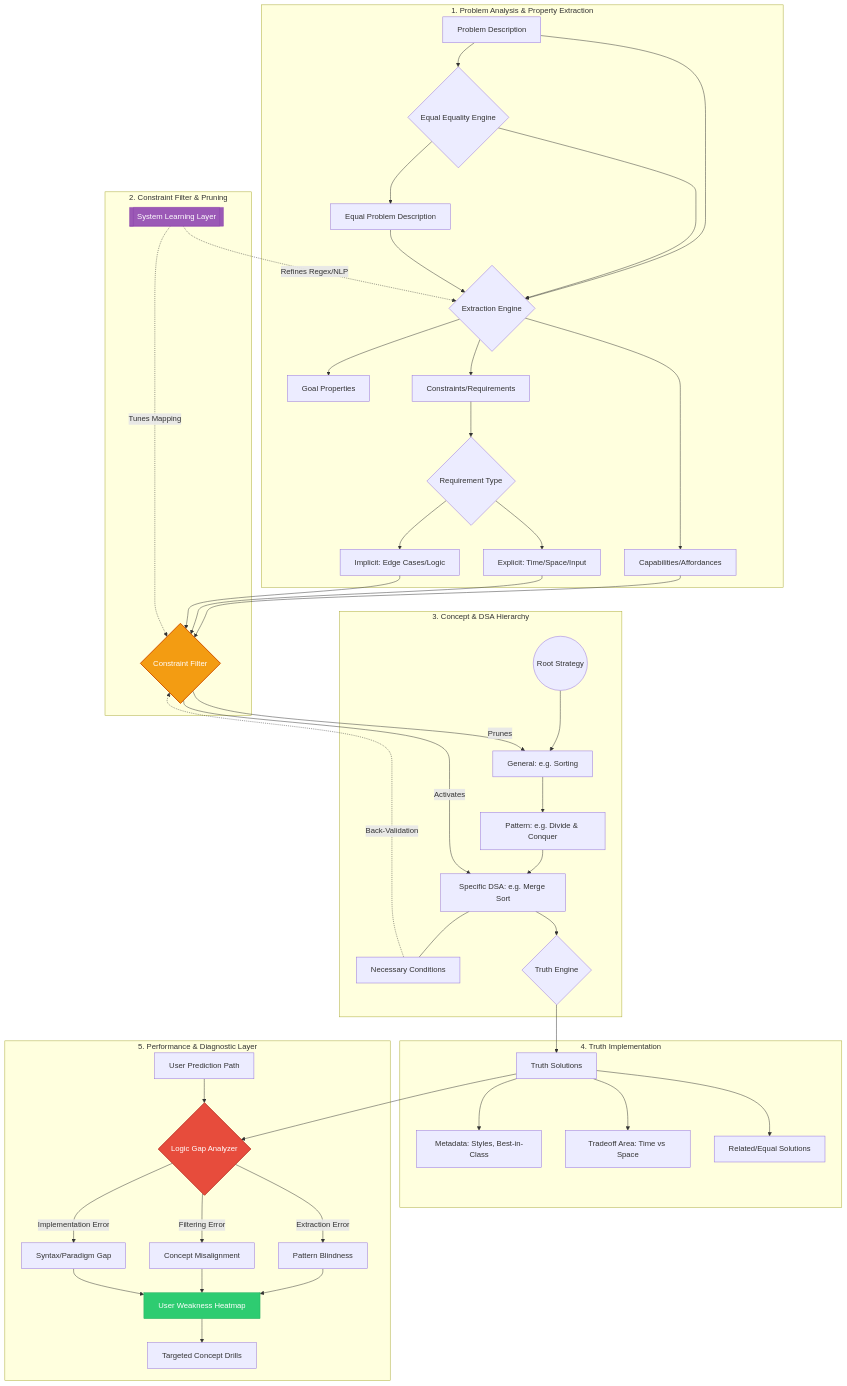
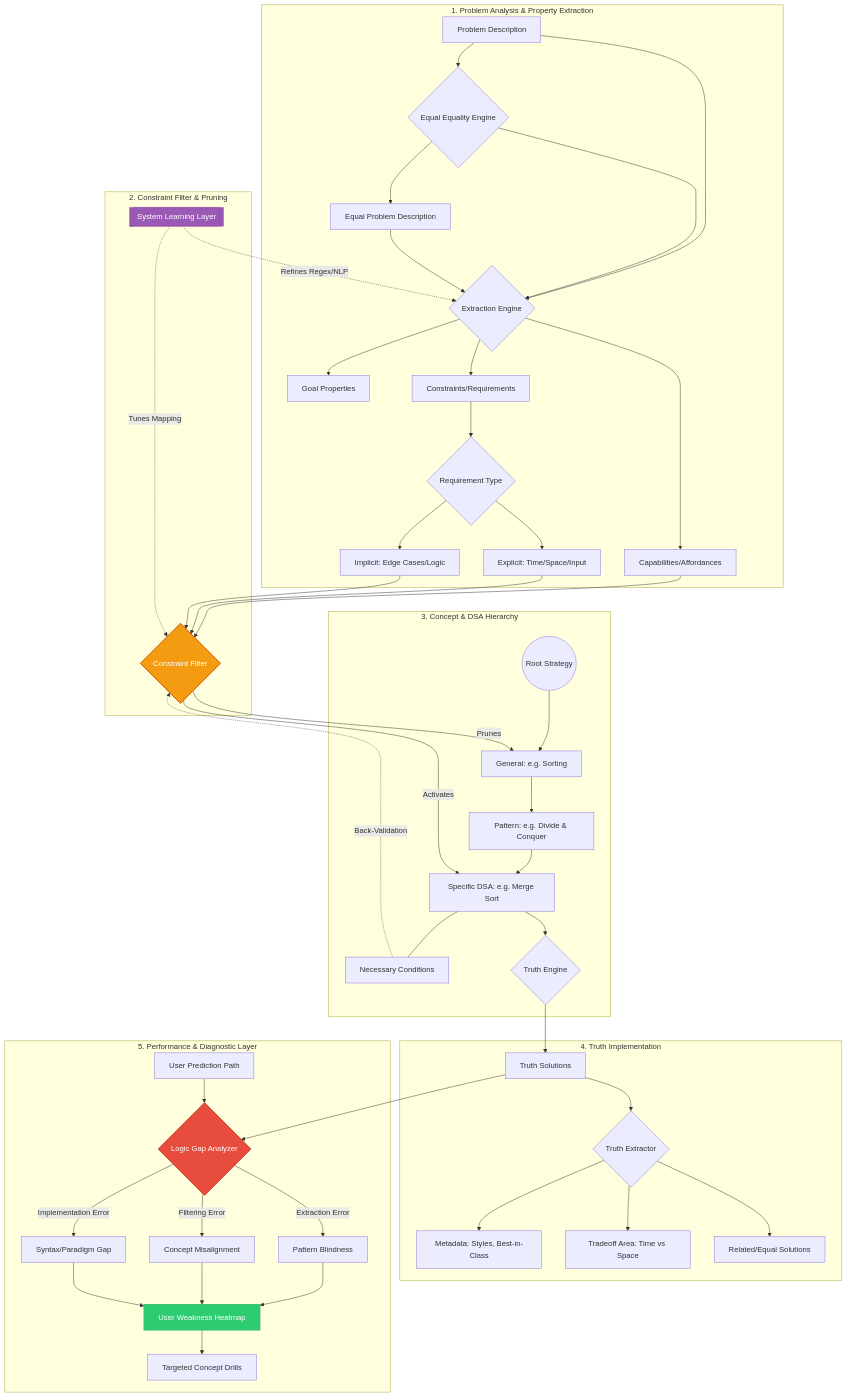
The diagram in README.md (tbrumbaugh5396/another_code_trainer), drawn with Mermaid before and after one commit. The commit also changed 1 other file, not shown here.

````diff
--- a/README.md
+++ b/README.md
@@ -1,73 +1,77 @@
 ```mermaid
 graph TD
     %% --- LAYER 1: DATA INGESTION & FEATURE EXTRACTION ---
     subgraph Ingestion_Layer [1. Problem Analysis & Property Extraction]
         P_Raw[Problem Description]         --> P_Analytic{Extraction Engine}
         P_Raw                              --> Equality_Engine{Equal Equality Engine}
         
         Equality_Engine                    --> P_Raw_Equal[Equal Problem Description]
         
 
         P_Analytic                         --> P_Goal[Goal Properties]
         P_Analytic                         --> P_Cap[Capabilities/Affordances]
         P_Analytic                         --> P_Con[Constraints/Requirements]
         
         P_Con                              --> Req_Type{Requirement Type}
         Req_Type                           --> Req_Exp[Explicit: Time/Space/Input]
         Req_Type                           --> Req_Imp[Implicit: Edge Cases/Logic]
 
         Equality_Engine                    --> P_Analytic
         P_Raw_Equal                        --> P_Analytic
     end
 
     %% --- LAYER 2: THE INTERMEDIATE LOGIC GATE ---
     subgraph Logic_Gate [2. Constraint Filter & Pruning]
         P_Cap & Req_Exp & Req_Imp          --> CF_Gate{Constraint Filter}
         
         %% Component Learning (System)
         Sys_Learn[[System Learning Layer]] -.->|Refines Regex/NLP| P_Analytic
         Sys_Learn                          -.->|Tunes Mapping| CF_Gate
     end
 
     %% --- LAYER 3: CONCEPTUAL TAXONOMY (The Tree) ---
     subgraph Concept_Hierarchy [3. Concept & DSA Hierarchy]
         C_Root((Root Strategy))            --> C_General[General: e.g. Sorting]
         C_General                          --> C_Pattern[Pattern: e.g. Divide & Conquer]
         C_Pattern                          --> C_DSA[Specific DSA: e.g. Merge Sort]
         
         CF_Gate                            -->|Prunes| C_General
         CF_Gate                            -->|Activates| C_DSA
         
         C_DSA                              --- C_Nec[Necessary Conditions]
         C_Nec                              -.->|Back-Validation| CF_Gate
 
         C_DSA                              --> Truth_Engine{Truth Engine}
     end
 
     %% --- LAYER 4: SOLUTION OUTCOMES ---
     subgraph Solution_Outcomes [4. Truth Implementation]
         Truth_Engine                       --> T_Sol[Truth Solutions]
-        T_Sol                              --> S_Meta[Metadata: Styles, Best-in-Class]
-        T_Sol                              --> S_Trade[Tradeoff Area: Time vs Space]
-        T_Sol                              --> S_Rel[Related/Equal Solutions]
+
+        T_Sol                              --> T_Truth_Extractor{Truth Extractor}
+        T_Truth_Extractor                  --> S_Meta[Metadata: Styles, Best-in-Class]
+        T_Truth_Extractor                  --> S_Trade[Tradeoff Area: Time vs Space]
+        T_Truth_Extractor                  --> S_Rel[Related/Equal Solutions]
+
+
     end
 
     %% --- LAYER 5: THE USER LEARNING LAYER (The Performance Tracker) ---
     subgraph User_Learning [5. Performance & Diagnostic Layer]
         User_Input[User Prediction Path]   --> Compare{Logic Gap Analyzer}
         T_Sol                              --> Compare
         
         Compare                            -->|Extraction Error| D_Pattern[Pattern Blindness]
         Compare                            -->|Filtering Error| D_Logic[Concept Misalignment]
         Compare                            -->|Implementation Error| D_Skill[Syntax/Paradigm Gap]
         
         D_Pattern & D_Logic & D_Skill      --> Heatmap[User Weakness Heatmap]
         Heatmap                            --> Recommendation[Targeted Concept Drills]
     end
 
     %% Styling
     style CF_Gate fill:#f39c12,stroke:#d35400,stroke-width:2px,color:#fff
     style Sys_Learn fill:#9b59b6,stroke:#8e44ad,color:#fff
     style Compare fill:#e74c3c,stroke:#c0392b,stroke-width:2px,color:#fff
     style Heatmap fill:#2ecc71,stroke:#27ae60,color:#fff
 ```
````
